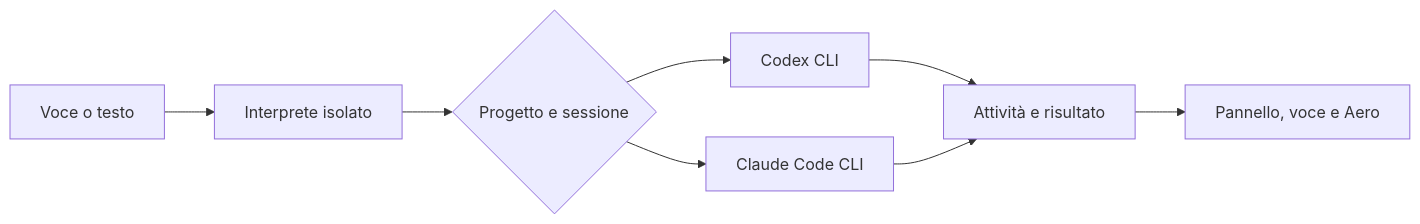
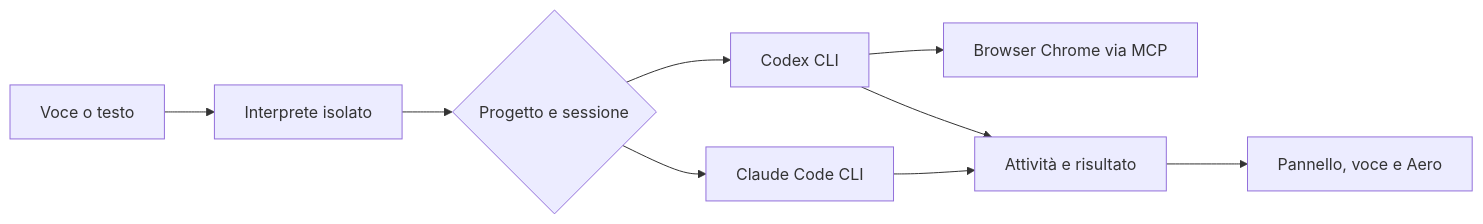
One commit to Dorjan95/Orbit changed the diagram in README.md. Above: the diagram before and after it, drawn with Mermaid. The commit also changed other lines of this file and 19 other files, not shown here.

````diff
--- a/README.md
+++ b/README.md
@@ -32,10 +33,11 @@
 ```mermaid
 flowchart LR
     A[Voce o testo] --> B[Interprete isolato]
     B --> C{Progetto e sessione}
     C --> D[Codex CLI]
     C --> E[Claude Code CLI]
+    D --> H[Browser Chrome via MCP]
     D --> F[Attività e risultato]
     E --> F
     F --> G[Pannello, voce e Aero]
 ```
````
